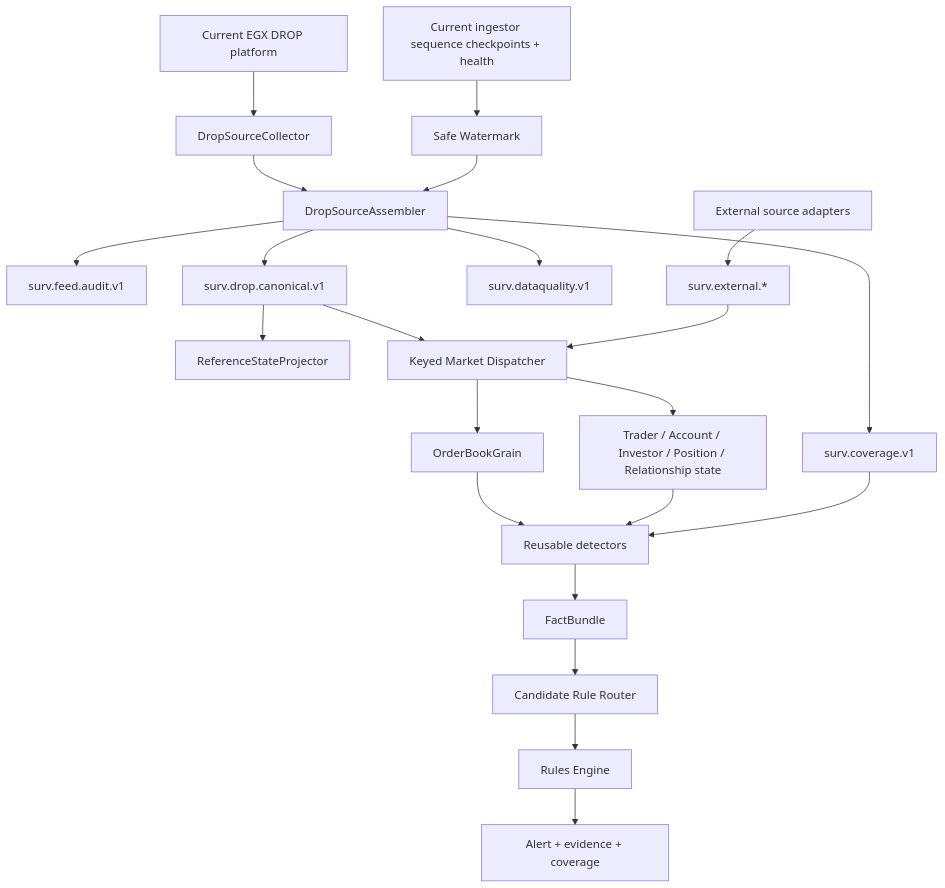
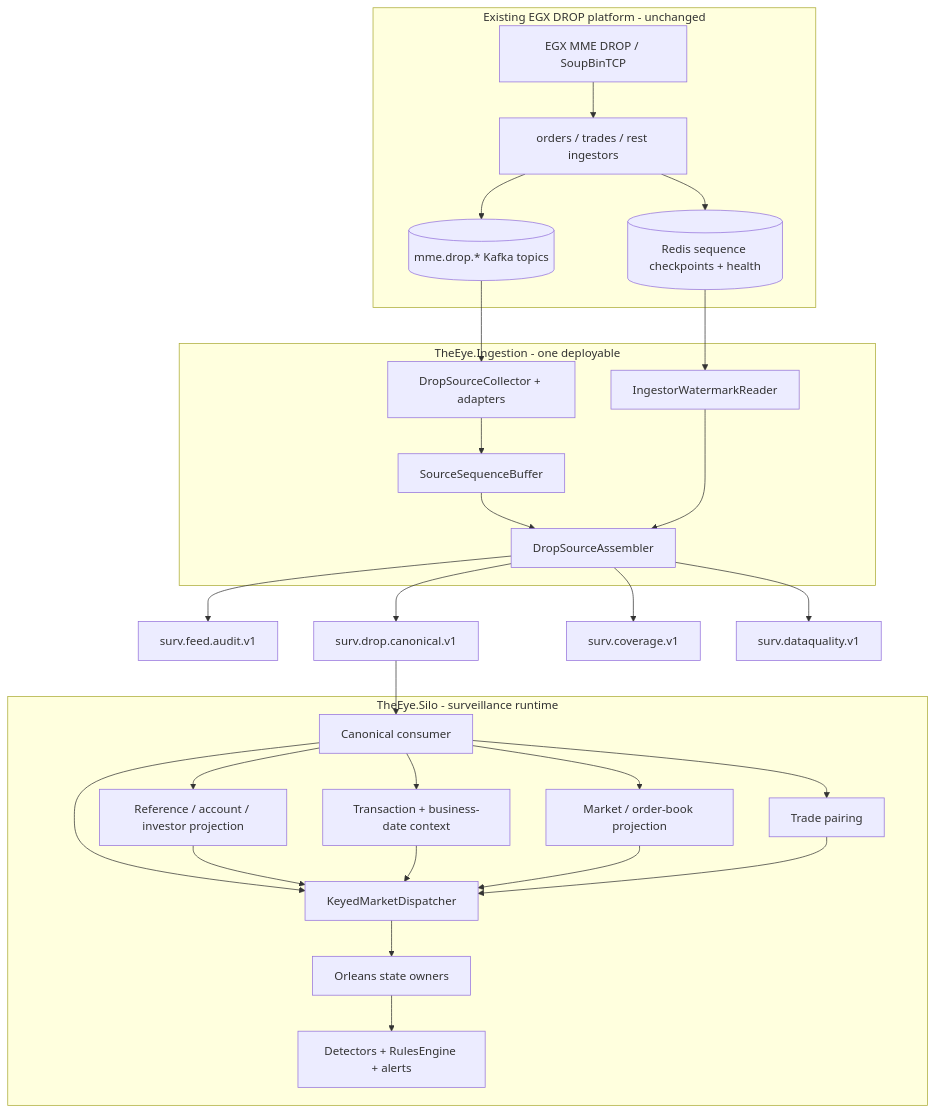
The diagram in Market-Surveillance-Full-Plan-Doc-Refrence/Architecture/Implementation-Start/00 - Implementation Start Home.md (adnanelhabashy/surveillance-knowledge-base), drawn with Mermaid before and after one commit. The commit also changed other lines of this file, not shown here.

Commit message:
docs: update implementation home for canonical Ingestor to Silo boundary

````diff
--- a/Market-Surveillance-Full-Plan-Doc-Refrence/Architecture/Implementation-Start/00 - Implementation Start Home.md
+++ b/Market-Surveillance-Full-Plan-Doc-Refrence/Architecture/Implementation-Start/00 - Implementation Start Home.md
@@ -17,30 +20,45 @@
 ```mermaid
 flowchart TB
-    DROP[Current EGX DROP platform] --> COL[DropSourceCollector]
-    REDIS[Current ingestor sequence checkpoints + health] --> WM[Safe Watermark]
-    COL --> ASM[DropSourceAssembler]
-    WM --> ASM
+    subgraph DROP[Existing EGX DROP platform - unchanged]
+        EGX[EGX MME DROP / SoupBinTCP]
+        MME[orders / trades / rest ingestors]
+        K[(mme.drop.* Kafka topics)]
+        RK[(Redis sequence checkpoints + health)]
+        EGX --> MME --> K
+        MME --> RK
+    end
+
+    subgraph ING[TheEye.Ingestion - one deployable]
+        COL[DropSourceCollector + adapters]
+        WM[IngestorWatermarkReader]
+        BUF[SourceSequenceBuffer]
+        ASM[DropSourceAssembler]
+        COL --> BUF --> ASM
+        WM --> ASM
+    end
+
+    K --> COL
+    RK --> WM
 
     ASM --> AUDIT[surv.feed.audit.v1]
     ASM --> CANON[surv.drop.canonical.v1]
     ASM --> COVER[surv.coverage.v1]
     ASM --> DQ[surv.dataquality.v1]
 
-    CANON --> REF[ReferenceStateProjector]
-    CANON --> DISP[Keyed Market Dispatcher]
+    subgraph SILO[TheEye.Silo - surveillance runtime]
+        CON[Canonical consumer]
+        REF[Reference / account / investor projection]
+        TX[Transaction + business-date context]
+        MARKET[Market / order-book projection]
+        PAIR[Trade pairing]
+        DISP[KeyedMarketDispatcher]
+        GRAINS[Orleans state owners]
+        DET[Detectors + RulesEngine + alerts]
+        CON --> REF & TX & MARKET & PAIR
+        CON --> DISP
+        REF & TX & MARKET & PAIR --> DISP
+        DISP --> GRAINS --> DET
+    end
 
-    EXT[External source adapters] --> EXTEVENTS[surv.external.*]
-    EXTEVENTS --> DISP
-
-    DISP --> BOOK[OrderBookGrain]
-    DISP --> SUBJECT[Trader / Account / Investor / Position / Relationship state]
-
-    BOOK --> DET[Reusable detectors]
-    SUBJECT --> DET
-    COVER --> DET
-
-    DET --> FACTS[FactBundle]
-    FACTS --> ROUTER[Candidate Rule Router]
-    ROUTER --> RULES[Rules Engine]
-    RULES --> ALERT[Alert + evidence + coverage]
+    CANON --> CON
 ```
````
